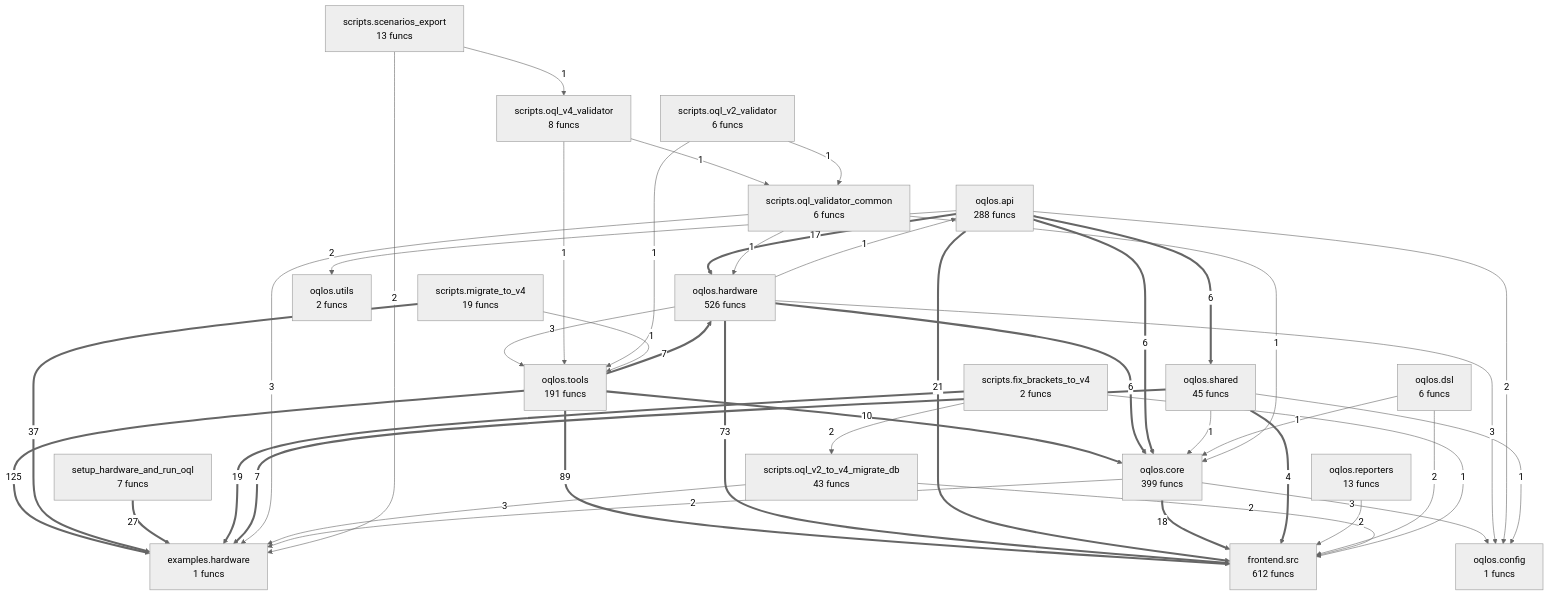
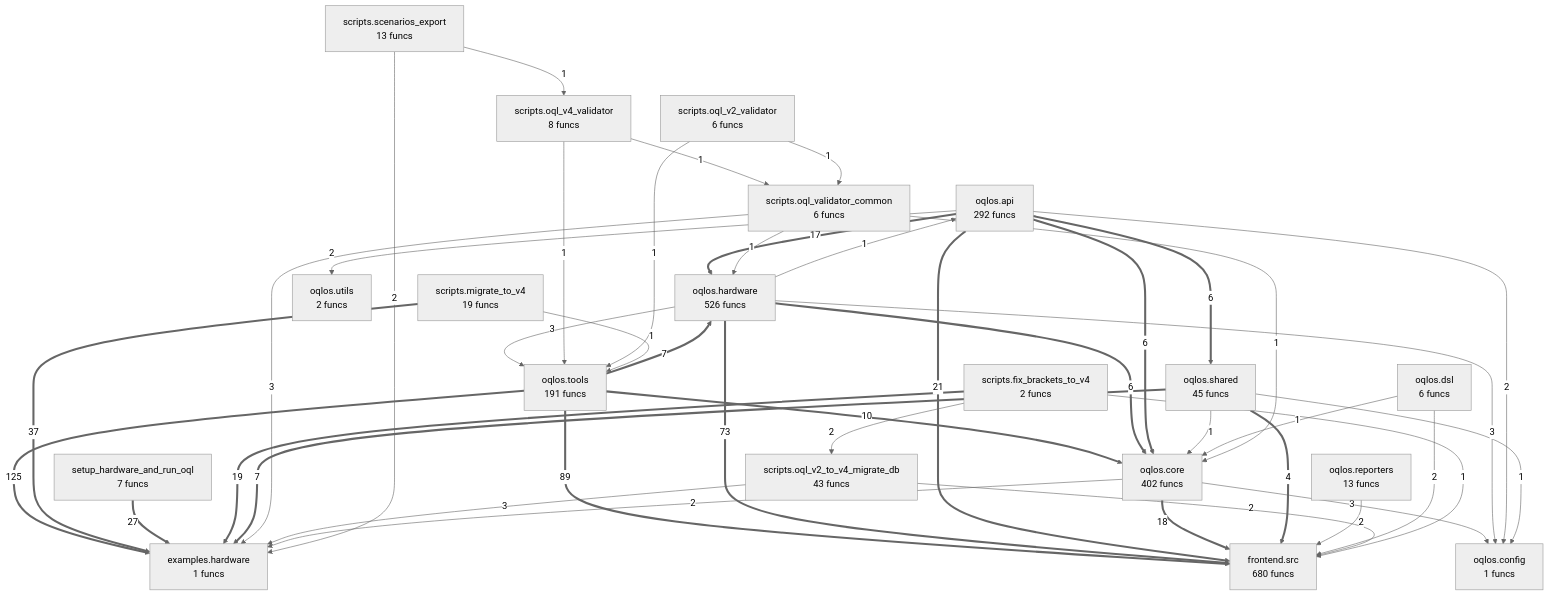
One commit to oqlos/oqlos changed the diagram in project/compact_flow.mmd. Above: the diagram before and after it, drawn with Mermaid (neutral theme). The commit also changed 54 other files, not shown here.

```diff
--- a/project/compact_flow.mmd
+++ b/project/compact_flow.mmd
@@ -1,63 +1,63 @@
 flowchart TD
-%% generated in 0.05s
+%% generated in 0.03s
     examples__hardware["examples.hardware<br/>1 funcs"]
-    frontend__src["frontend.src<br/>612 funcs"]
-    oqlos__api["oqlos.api<br/>288 funcs"]
+    frontend__src["frontend.src<br/>680 funcs"]
+    oqlos__api["oqlos.api<br/>292 funcs"]
     oqlos__config["oqlos.config<br/>1 funcs"]
-    oqlos__core["oqlos.core<br/>399 funcs"]
+    oqlos__core["oqlos.core<br/>402 funcs"]
     oqlos__dsl["oqlos.dsl<br/>6 funcs"]
     oqlos__hardware["oqlos.hardware<br/>526 funcs"]
     oqlos__reporters["oqlos.reporters<br/>13 funcs"]
     oqlos__shared["oqlos.shared<br/>45 funcs"]
     oqlos__tools["oqlos.tools<br/>191 funcs"]
     oqlos__utils["oqlos.utils<br/>2 funcs"]
     scripts__fix_brackets_to_v4["scripts.fix_brackets_to_v4<br/>2 funcs"]
     scripts__migrate_to_v4["scripts.migrate_to_v4<br/>19 funcs"]
     scripts__oql_v2_to_v4_migrate_db["scripts.oql_v2_to_v4_migrate_db<br/>43 funcs"]
     scripts__oql_v2_validator["scripts.oql_v2_validator<br/>6 funcs"]
     scripts__oql_v4_validator["scripts.oql_v4_validator<br/>8 funcs"]
     scripts__oql_validator_common["scripts.oql_validator_common<br/>6 funcs"]
     scripts__scenarios_export["scripts.scenarios_export<br/>13 funcs"]
     setup_hardware_and_run_oql["setup_hardware_and_run_oql<br/>7 funcs"]
     oqlos__tools ==>|125| examples__hardware
     oqlos__tools ==>|89| frontend__src
     oqlos__hardware ==>|73| frontend__src
     scripts__migrate_to_v4 ==>|37| examples__hardware
     setup_hardware_and_run_oql ==>|27| examples__hardware
     oqlos__api ==>|21| frontend__src
     scripts__fix_brackets_to_v4 ==>|19| examples__hardware
     oqlos__core ==>|18| frontend__src
     oqlos__api ==>|17| oqlos__hardware
     oqlos__tools ==>|10| oqlos__core
     oqlos__tools ==>|7| oqlos__hardware
     oqlos__shared ==>|7| examples__hardware
     oqlos__hardware ==>|6| oqlos__core
     oqlos__api ==>|6| oqlos__core
     oqlos__api ==>|6| oqlos__shared
     oqlos__shared ==>|4| frontend__src
     oqlos__core -->|3| oqlos__config
     oqlos__hardware -->|3| oqlos__config
     oqlos__hardware -->|3| oqlos__tools
     scripts__oql_validator_common -->|3| examples__hardware
     scripts__oql_v2_to_v4_migrate_db -->|3| examples__hardware
     oqlos__core -->|2| examples__hardware
     oqlos__reporters -->|2| frontend__src
-    oqlos__api -->|2| oqlos__utils
-    oqlos__api -->|2| oqlos__config
     oqlos__dsl -->|2| frontend__src
     scripts__fix_brackets_to_v4 -->|2| scripts__oql_v2_to_v4_migrate_db
     scripts__oql_v2_to_v4_migrate_db -->|2| frontend__src
     scripts__scenarios_export -->|2| examples__hardware
+    oqlos__api -->|2| oqlos__utils
+    oqlos__api -->|2| oqlos__config
     oqlos__hardware -->|1| oqlos__api
     oqlos__shared -->|1| oqlos__core
     oqlos__shared -->|1| oqlos__config
     oqlos__dsl -->|1| oqlos__core
     scripts__oql_validator_common -->|1| oqlos__core
     scripts__oql_validator_common -->|1| oqlos__hardware
     scripts__oql_v4_validator -->|1| oqlos__tools
     scripts__oql_v4_validator -->|1| scripts__oql_validator_common
     scripts__fix_brackets_to_v4 -->|1| frontend__src
     scripts__oql_v2_validator -->|1| oqlos__tools
     scripts__oql_v2_validator -->|1| scripts__oql_validator_common
     scripts__migrate_to_v4 -->|1| oqlos__tools
     scripts__scenarios_export -->|1| scripts__oql_v4_validator
```
